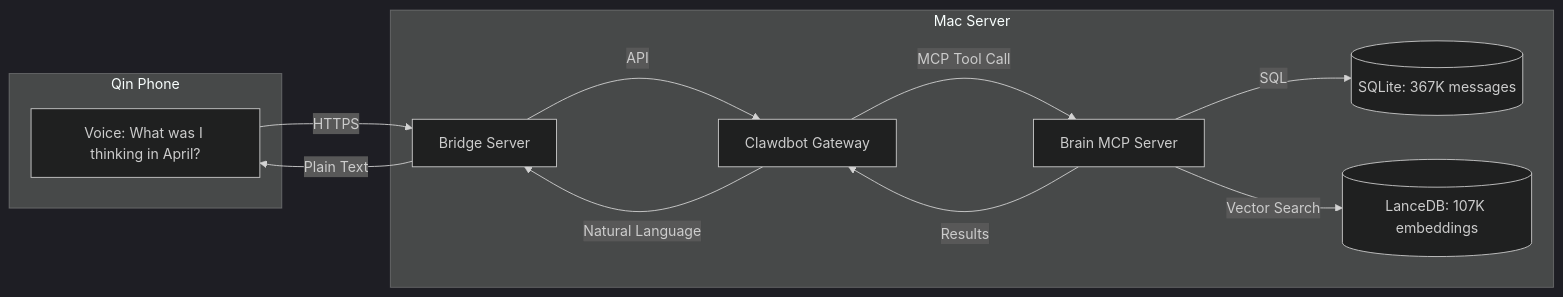
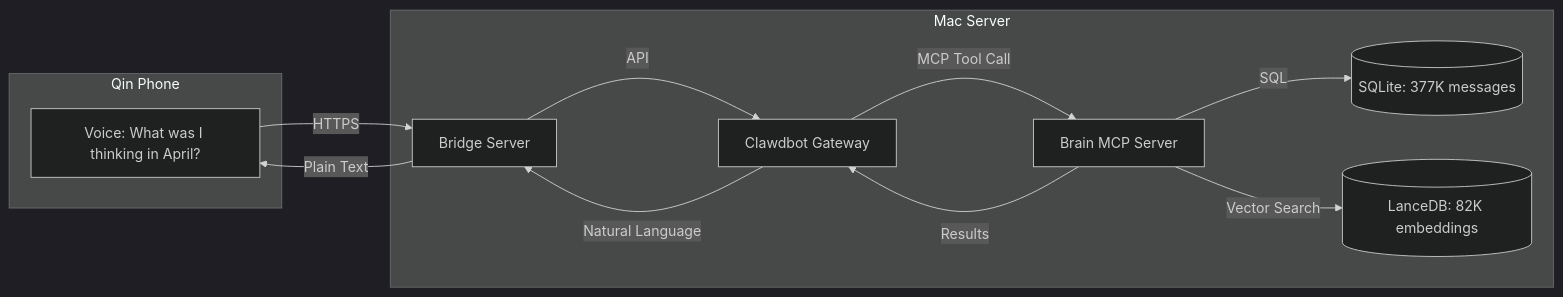
The second of 5 diagrams in README.md (mordechaipotash/qinbot), drawn with Mermaid (dark theme) before and after one commit. The commit also changed other lines of this file, not shown here.

````diff
--- a/README.md
+++ b/README.md
@@ -232,23 +213,23 @@
 ```mermaid
 graph LR
     subgraph QinPhone["Qin Phone"]
         Q["Voice: What was I thinking in April?"]
     end
     
     subgraph MacServer["Mac Server"]
         B[Bridge Server]
         G[Clawdbot Gateway]
         MCP["Brain MCP Server"]
-        DB[("SQLite: 367K messages")]
-        LANCE[("LanceDB: 107K embeddings")]
+        DB[("SQLite: 377K messages")]
+        LANCE[("LanceDB: 82K embeddings")]
     end
     
     Q -->|HTTPS| B
     B -->|API| G
     G -->|MCP Tool Call| MCP
     MCP -->|SQL| DB
     MCP -->|Vector Search| LANCE
     MCP -->|Results| G
     G -->|Natural Language| B
     B -->|Plain Text| Q
 ```
````
